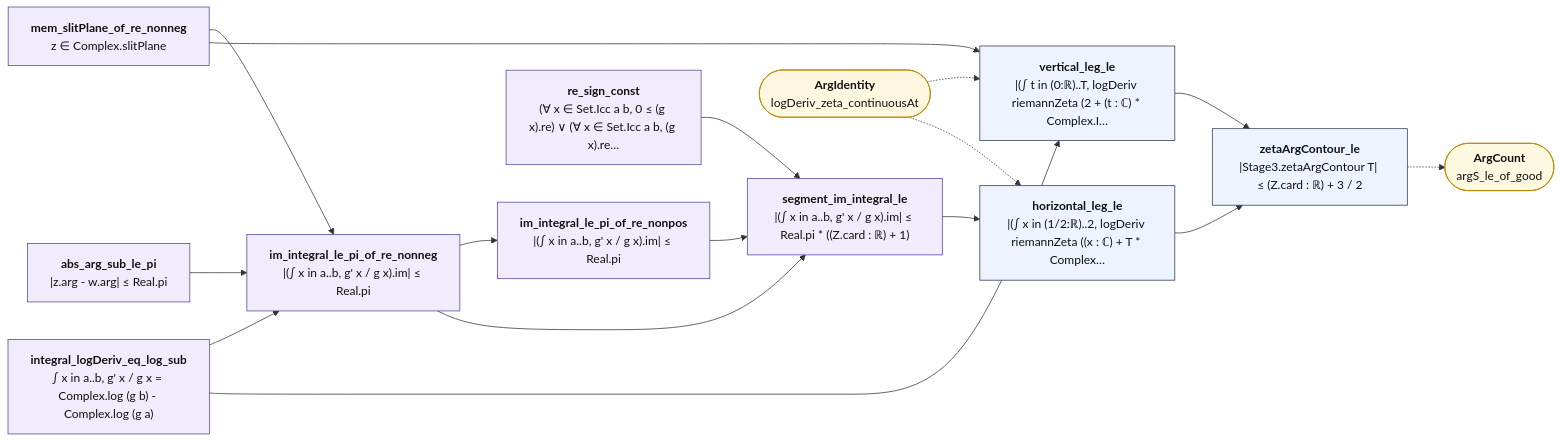
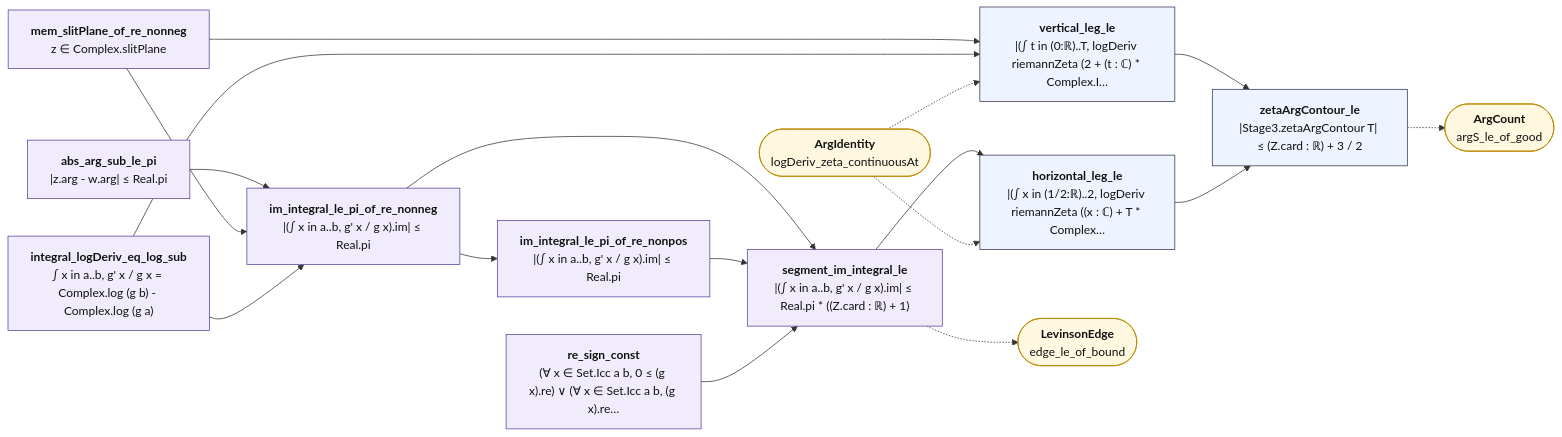
The diagram in map/lean_stage3/ArgLegs.mmd (juliansambranojr/Primebeat_081426), drawn with Mermaid before and after one commit. The commit also changed 15 other files, not shown here.

```diff
--- a/map/lean_stage3/ArgLegs.mmd
+++ b/map/lean_stage3/ArgLegs.mmd
@@ -1,36 +1,38 @@
 flowchart LR
   n0["<b>abs_arg_sub_le_pi</b><br/>|z.arg - w.arg| ≤ Real.pi"]:::shp
   n1["<b>mem_slitPlane_of_re_nonneg</b><br/>z ∈ Complex.slitPlane"]:::shp
   n2["<b>integral_logDeriv_eq_log_sub</b><br/>∫ x in a..b, g' x / g x = Complex.log (g b) - Complex.log (g a)"]:::shp
   n3["<b>im_integral_le_pi_of_re_nonneg</b><br/>|(∫ x in a..b, g' x / g x).im| ≤ Real.pi"]:::shp
   n4["<b>im_integral_le_pi_of_re_nonpos</b><br/>|(∫ x in a..b, g' x / g x).im| ≤ Real.pi"]:::shp
   n5["<b>re_sign_const</b><br/>(∀ x ∈ Set.Icc a b, 0 ≤ (g x).re) ∨ (∀ x ∈ Set.Icc a b, (g x).re…"]:::shp
   n6["<b>segment_im_integral_le</b><br/>|(∫ x in a..b, g' x / g x).im| ≤ Real.pi * ((Z.card : ℝ) + 1)"]:::shp
   n7["<b>vertical_leg_le</b><br/>|(∫ t in (0:ℝ)..T, logDeriv riemannZeta (2 + (t : ℂ) * Complex.I…"]:::thm
   n8["<b>horizontal_leg_le</b><br/>|(∫ x in (1/2:ℝ)..2, logDeriv riemannZeta ((x : ℂ) + T * Complex…"]:::thm
   n9["<b>zetaArgContour_le</b><br/>|Stage3.zetaArgContour T| ≤ (Z.card : ℝ) + 3 / 2"]:::thm
-  x0(["<b>ArgIdentity</b><br/>logDeriv_zeta_continuousAt"]):::ext
-  x1(["<b>ArgCount</b><br/>argS_le_of_good"]):::ext
+  x0(["<b>LevinsonEdge</b><br/>edge_le_of_bound"]):::ext
+  x1(["<b>ArgIdentity</b><br/>logDeriv_zeta_continuousAt"]):::ext
+  x2(["<b>ArgCount</b><br/>argS_le_of_good"]):::ext
   n0 --> n3
   n1 --> n3
   n1 --> n7
   n2 --> n3
   n2 --> n7
   n3 --> n4
   n3 --> n6
   n4 --> n6
   n5 --> n6
   n6 --> n8
   n7 --> n9
   n8 --> n9
-  n9 -.-> x1
-  x0 -.-> n7
-  x0 -.-> n8
+  n6 -.-> x0
+  n9 -.-> x2
+  x1 -.-> n7
+  x1 -.-> n8
   classDef cnt fill:#dff5ec,stroke:#17694a,color:#111
   classDef shp fill:#f1ecfb,stroke:#5b3fa0,color:#111
   classDef rh fill:#ffe5e5,stroke:#c22,color:#111,stroke-width:2px
   classDef thm fill:#eef4ff,stroke:#335,color:#111
   classDef end_ fill:#e7f7e7,stroke:#2a7,color:#111,stroke-width:2px
   classDef lone fill:#fff,stroke:#999,color:#111,stroke-dasharray:4 3
   classDef bad fill:#ffe5e5,stroke:#c22,color:#111,stroke-width:2px
   classDef ext fill:#fff8e1,stroke:#b80,color:#111
```
